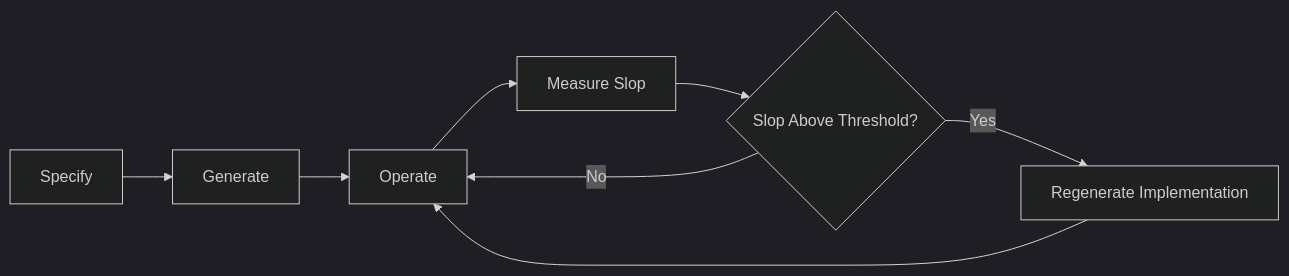
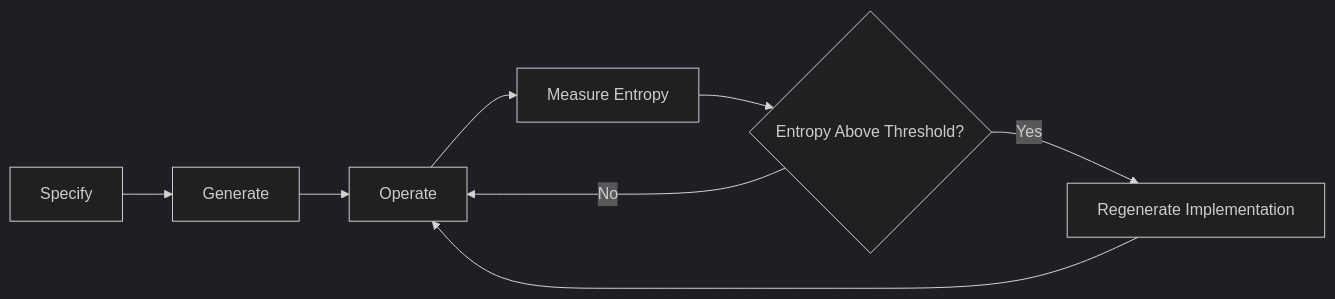
The first of 4 diagrams in README.md (MilanStarcevic/regenerable-architecture), drawn with Mermaid (dark theme) before and after one commit. The commit also changed other lines of this file and 20 other files, not shown here.

First line of the commit message:
Reformat docs, rename AI slop → implementation entropy, expand system.yaml

````diff
--- a/README.md
+++ b/README.md
@@ -51,10 +72,10 @@
 ```mermaid
 flowchart LR
     A[Specify] --> B[Generate]
     B --> C[Operate]
-    C --> D[Measure Slop]
-    D --> E{Slop Above Threshold?}
+    C --> D[Measure Entropy]
+    D --> E{Entropy Above Threshold?}
     E -- No --> C
     E -- Yes --> F[Regenerate Implementation]
     F --> C
 ```
````
